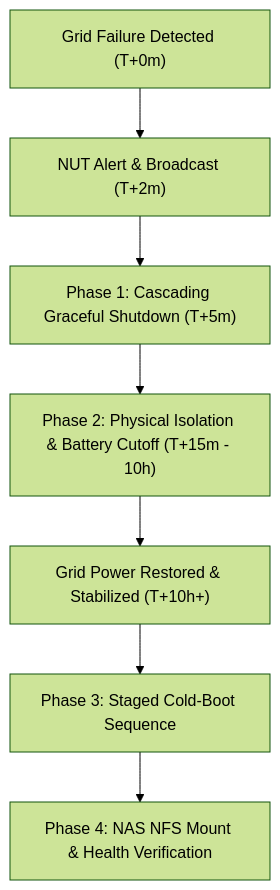
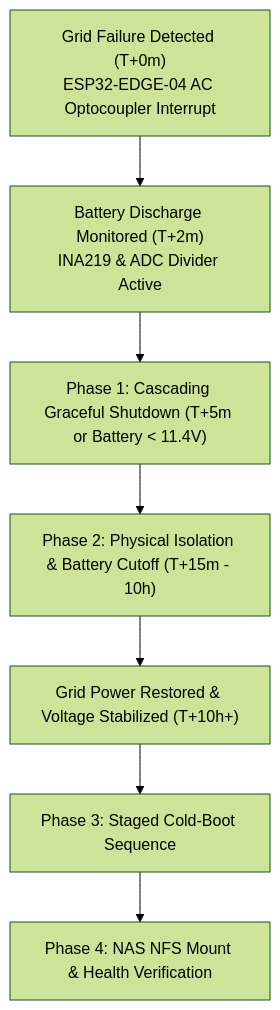
Before and after one commit to stefanutc1/infrastructure: the diagram in wiki/Runbooks-and-Disaster-Recovery.md, drawn with Mermaid (forest theme). The commit also changed other lines of this file and 64 other files, not shown here.

````diff
--- a/wiki/Runbooks-and-Disaster-Recovery.md
+++ b/wiki/Runbooks-and-Disaster-Recovery.md
@@ -7,9 +7,9 @@
 ```mermaid
 graph TD
-    A[" Grid Failure Detected (T+0m)"] --> B["NUT Alert & Broadcast (T+2m)"]
-    B --> C["Phase 1: Cascading Graceful Shutdown (T+5m)"]
+    A["Grid Failure Detected (T+0m)<br/>ESP32-EDGE-04 AC Optocoupler Interrupt"] --> B["Battery Discharge Monitored (T+2m)<br/>INA219 & ADC Divider Active"]
+    B --> C["Phase 1: Cascading Graceful Shutdown (T+5m or Battery < 11.4V)"]
     C --> D["Phase 2: Physical Isolation & Battery Cutoff (T+15m - 10h)"]
-    D --> E[" Grid Power Restored & Stabilized (T+10h+)"]
+    D --> E["Grid Power Restored & Voltage Stabilized (T+10h+)"]
     E --> F["Phase 3: Staged Cold-Boot Sequence"]
     F --> G["Phase 4: NAS NFS Mount & Health Verification"]
 ```
````
